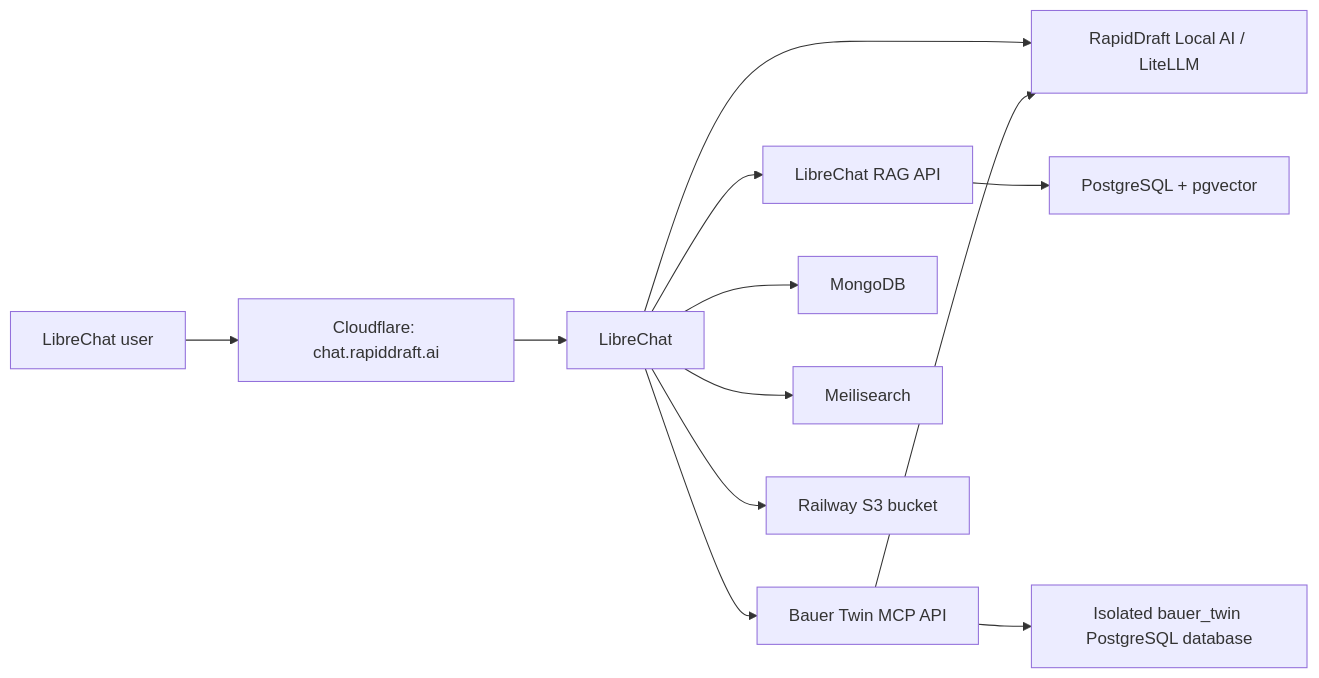
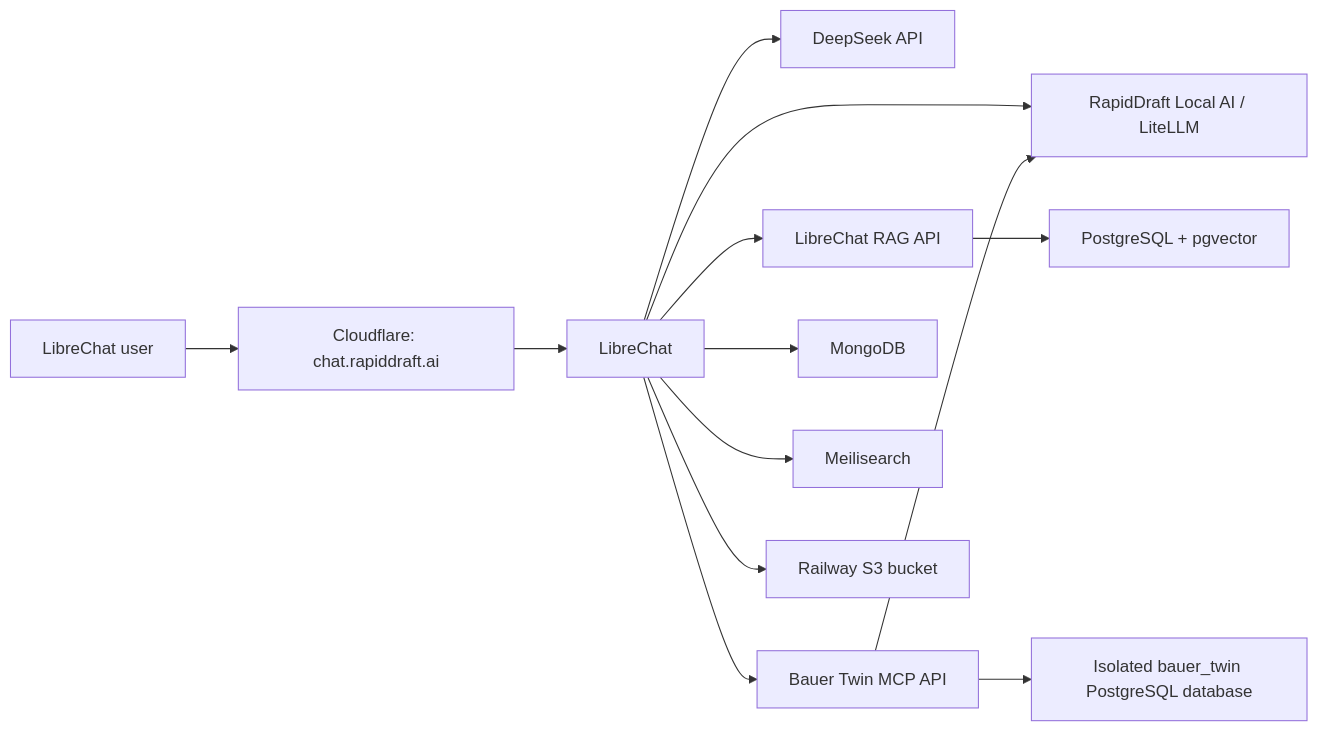
The diagram in README.md (adeelyj/librechat-railway-config), drawn with Mermaid before and after one commit. The commit also changed other lines of this file and 1 other file, not shown here.

Commit message:
Add DeepSeek V4 models to LibreChat

````diff
--- a/README.md
+++ b/README.md
@@ -13,14 +14,15 @@
 ```mermaid
 flowchart LR
     User["LibreChat user"] --> CF["Cloudflare: chat.rapiddraft.ai"]
     CF --> LC["LibreChat"]
     LC --> AI["RapidDraft Local AI / LiteLLM"]
+    LC --> DeepSeek["DeepSeek API"]
     LC --> RAG["LibreChat RAG API"]
     RAG --> PG["PostgreSQL + pgvector"]
     LC --> Twin["Bauer Twin MCP API"]
     Twin --> TwinDB["Isolated bauer_twin PostgreSQL database"]
     Twin --> AI
     LC --> Mongo["MongoDB"]
     LC --> Meili["Meilisearch"]
     LC --> S3["Railway S3 bucket"]
 ```
````
